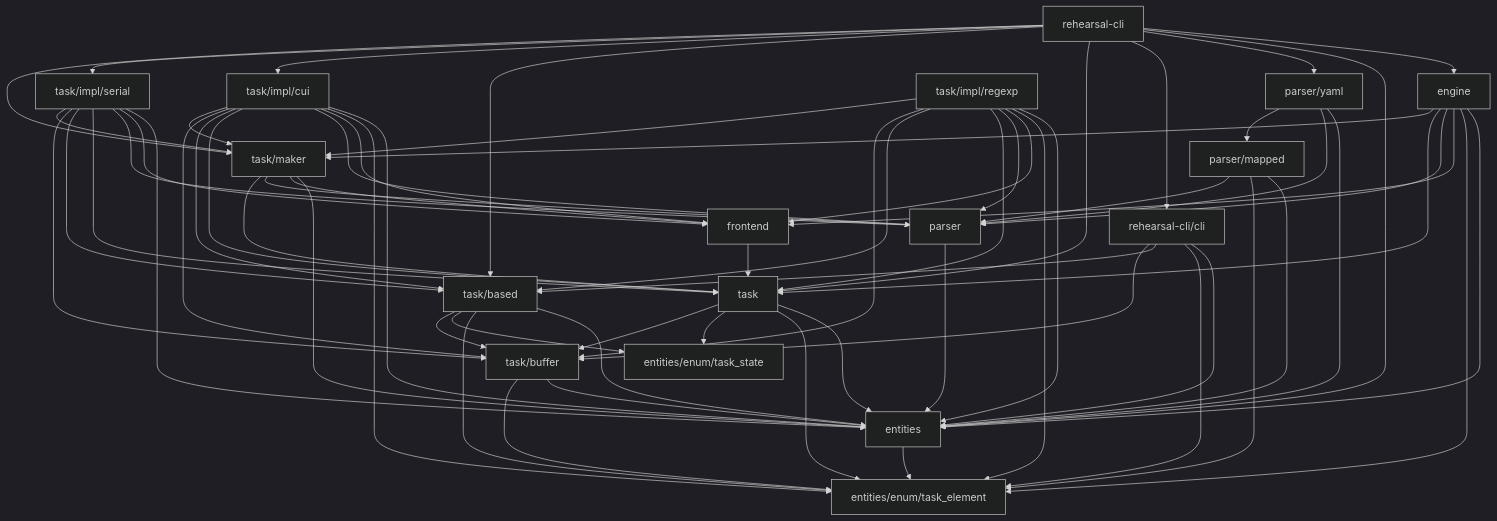
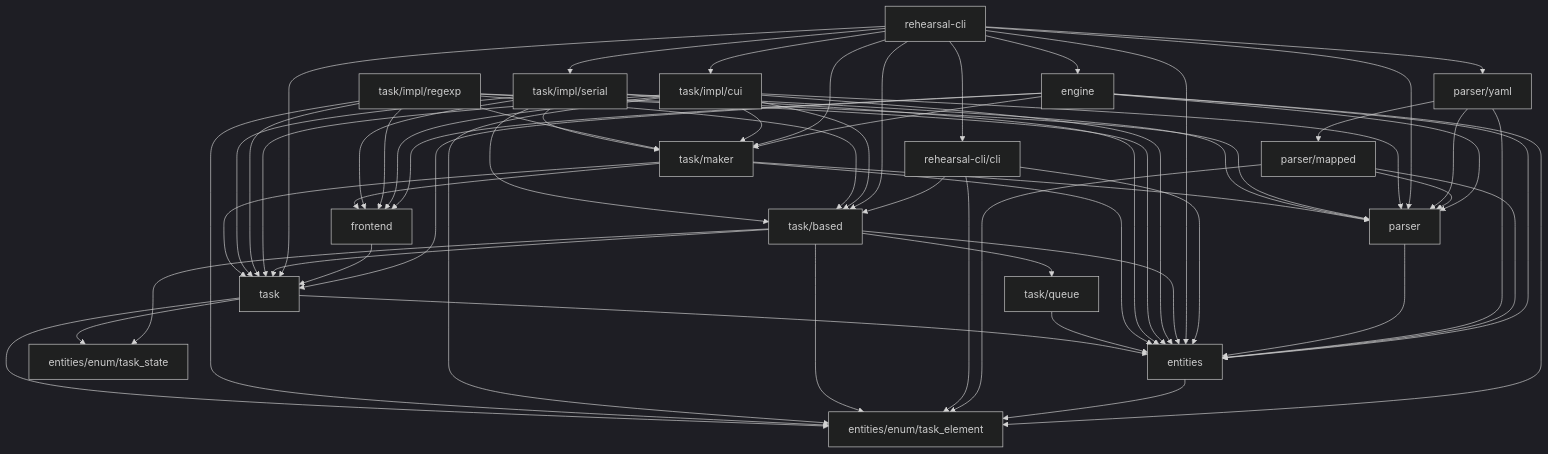
Before and after one commit to rehearsal-open/rehearsal: the diagram in readme.md, drawn with Mermaid (dark theme). The commit also changed 7 other files, not shown here.

````diff
--- a/readme.md
+++ b/readme.md
@@ -52,70 +52,66 @@
 ```mermaid
 graph TD
 
 engine --> entities
 engine --> entities/enum/task_element
 engine --> frontend
 engine --> parser
 engine --> task
 engine --> task/maker
 entities --> entities/enum/task_element
 frontend --> task
 parser/mapped --> entities
 parser/mapped --> entities/enum/task_element
 parser/mapped --> parser
 parser/yaml --> entities
 parser/yaml --> parser
 parser/yaml --> parser/mapped
 parser --> entities
 rehearsal-cli/cli --> entities
 rehearsal-cli/cli --> entities/enum/task_element
 rehearsal-cli/cli --> task/based
-rehearsal-cli/cli --> task/buffer
 rehearsal-cli --> engine
 rehearsal-cli --> entities
+rehearsal-cli --> parser
 rehearsal-cli --> parser/yaml
 rehearsal-cli --> rehearsal-cli/cli
 rehearsal-cli --> task
 rehearsal-cli --> task/based
 rehearsal-cli --> task/impl/cui
 rehearsal-cli --> task/impl/serial
 rehearsal-cli --> task/maker
 task/based --> entities
 task/based --> entities/enum/task_element
 task/based --> entities/enum/task_state
-task/based --> task/buffer
-task/buffer --> entities
-task/buffer --> entities/enum/task_element
+task/based --> task
+task/based --> task/queue
 task/impl/cui --> entities
 task/impl/cui --> entities/enum/task_element
 task/impl/cui --> frontend
 task/impl/cui --> parser
 task/impl/cui --> task
 task/impl/cui --> task/based
-task/impl/cui --> task/buffer
 task/impl/cui --> task/maker
 task/impl/regexp --> entities
 task/impl/regexp --> entities/enum/task_element
 task/impl/regexp --> frontend
 task/impl/regexp --> parser
 task/impl/regexp --> task
 task/impl/regexp --> task/based
-task/impl/regexp --> task/buffer
 task/impl/regexp --> task/maker
 task/impl/serial --> entities
 task/impl/serial --> frontend
 task/impl/serial --> parser
 task/impl/serial --> task
 task/impl/serial --> task/based
-task/impl/serial --> task/buffer
 task/impl/serial --> task/maker
 task/maker --> entities
 task/maker --> frontend
 task/maker --> parser
 task/maker --> task
+task/queue --> entities
 task --> entities
 task --> entities/enum/task_element
 task --> entities/enum/task_state
-task --> task/buffer
 
 ```
````
